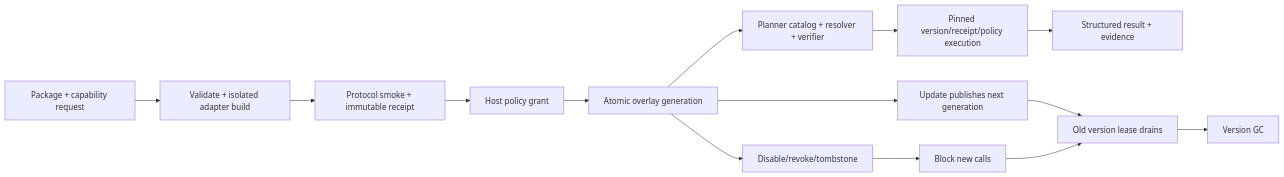
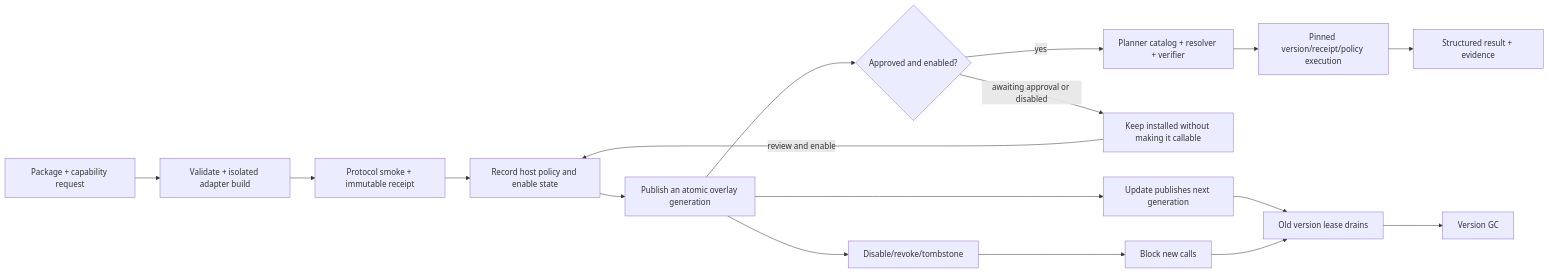
The eighth of 9 diagrams in README.md (MatrixCoreX/RustClaw), drawn with Mermaid before and after one commit. The commit also changed other lines of this file and 3 other files, not shown here.

````diff
--- a/README.md
+++ b/README.md
@@ -1168,16 +1190,19 @@
 ```mermaid
 flowchart LR
     A[Package + capability request] --> B[Validate + isolated adapter build]
     B --> C[Protocol smoke + immutable receipt]
-    C --> D[Host policy grant]
-    D --> E[Atomic overlay generation]
-    E --> F[Planner catalog + resolver + verifier]
+    C --> D[Record host policy and enable state]
+    D --> E[Publish an atomic overlay generation]
+    E --> EN{Approved and enabled?}
+    EN -->|yes| F[Planner catalog + resolver + verifier]
+    EN -->|awaiting approval or disabled| WAIT[Keep installed without making it callable]
+    WAIT -->|review and enable| D
     F --> G[Pinned version/receipt/policy execution]
     G --> H[Structured result + evidence]
     E --> I[Update publishes next generation]
     I --> J[Old version lease drains]
     J --> K[Version GC]
     E --> L[Disable/revoke/tombstone]
     L --> M[Block new calls]
     M --> J
 ```
````
